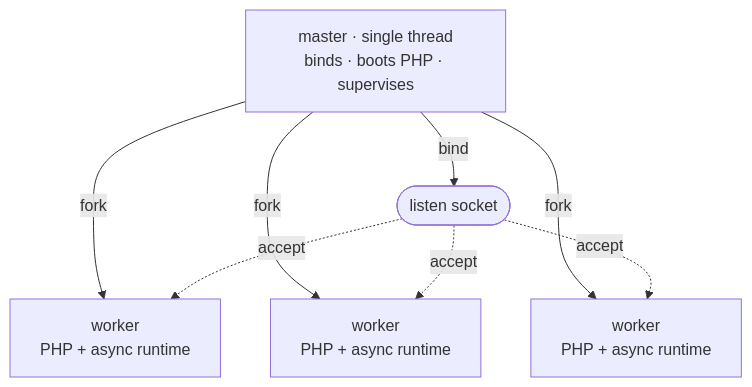
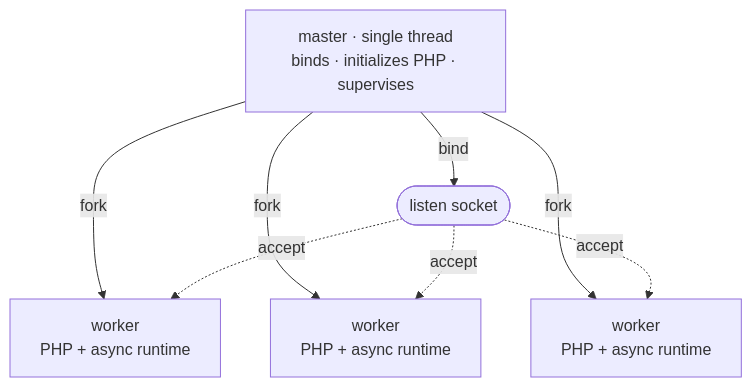
One commit to rapira-rs/rapira-rs.github.io changed the diagram in docs/process-model.md. Above: the diagram before and after it, drawn with Mermaid. The commit also changed other lines of this file and 93 other files, not shown here.

````diff
--- a/docs/process-model.md
+++ b/docs/process-model.md
@@ -20,15 +26,15 @@
 ```mermaid
 flowchart TB
-  M["master · single thread<br/>binds · boots PHP · supervises"]
+  M["master · single thread<br/>binds · initializes PHP · supervises"]
   S(["listen socket"])
   W1["worker<br/>PHP + async runtime"]
   W2["worker<br/>PHP + async runtime"]
   W3["worker<br/>PHP + async runtime"]
   M -- bind --> S
   M -- fork --> W1
   M -- fork --> W2
   M -- fork --> W3
   S -. accept .-> W1
   S -. accept .-> W2
   S -. accept .-> W3
 ```
````
